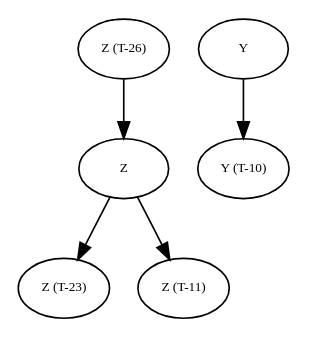
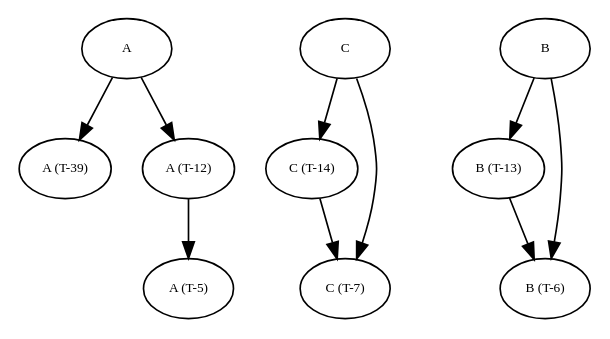
Before and after one commit to amso100/livescript-declarations: the diagram in graphs/debug_tree0.dot, drawn with Graphviz. The commit also changed 7 other files, not shown here.

```diff
--- a/graphs/debug_tree0.dot
+++ b/graphs/debug_tree0.dot
@@ -1,47 +1,87 @@
 digraph RGL__DirectedAdjacencyGraph {
-    Z [
+    A [
         fontsize = 8,
-        label = Z
+        label = A
     ]
 
-    "Z (T-23)" [
+    "A (T-39)" [
         fontsize = 8,
-        label = "Z (T-23)"
+        label = "A (T-39)"
     ]
 
-    "Z (T-11)" [
+    "A (T-12)" [
         fontsize = 8,
-        label = "Z (T-11)"
+        label = "A (T-12)"
     ]
 
-    "Z (T-26)" [
+    "A (T-5)" [
         fontsize = 8,
-        label = "Z (T-26)"
+        label = "A (T-5)"
     ]
 
-    Y [
+    C [
         fontsize = 8,
-        label = Y
+        label = C
     ]
 
-    "Y (T-10)" [
+    "C (T-14)" [
         fontsize = 8,
-        label = "Y (T-10)"
+        label = "C (T-14)"
     ]
 
-    Z -> "Z (T-23)" [
+    "C (T-7)" [
+        fontsize = 8,
+        label = "C (T-7)"
+    ]
+
+    B [
+        fontsize = 8,
+        label = B
+    ]
+
+    "B (T-13)" [
+        fontsize = 8,
+        label = "B (T-13)"
+    ]
+
+    "B (T-6)" [
+        fontsize = 8,
+        label = "B (T-6)"
+    ]
+
+    A -> "A (T-39)" [
         fontsize = 8
     ]
 
-    Z -> "Z (T-11)" [
+    A -> "A (T-12)" [
         fontsize = 8
     ]
 
-    "Z (T-26)" -> Z [
+    "A (T-12)" -> "A (T-5)" [
         fontsize = 8
     ]
 
-    Y -> "Y (T-10)" [
+    C -> "C (T-14)" [
+        fontsize = 8
+    ]
+
+    C -> "C (T-7)" [
+        fontsize = 8
+    ]
+
+    "C (T-14)" -> "C (T-7)" [
+        fontsize = 8
+    ]
+
+    B -> "B (T-13)" [
+        fontsize = 8
+    ]
+
+    B -> "B (T-6)" [
+        fontsize = 8
+    ]
+
+    "B (T-13)" -> "B (T-6)" [
         fontsize = 8
     ]
 }
```
